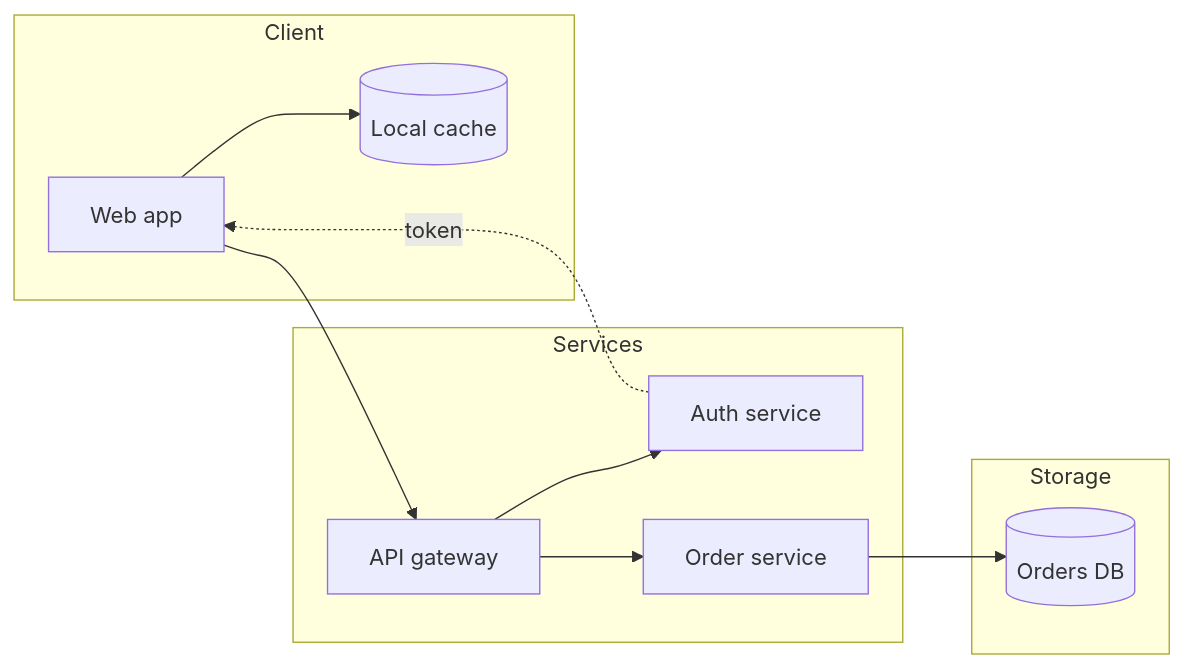
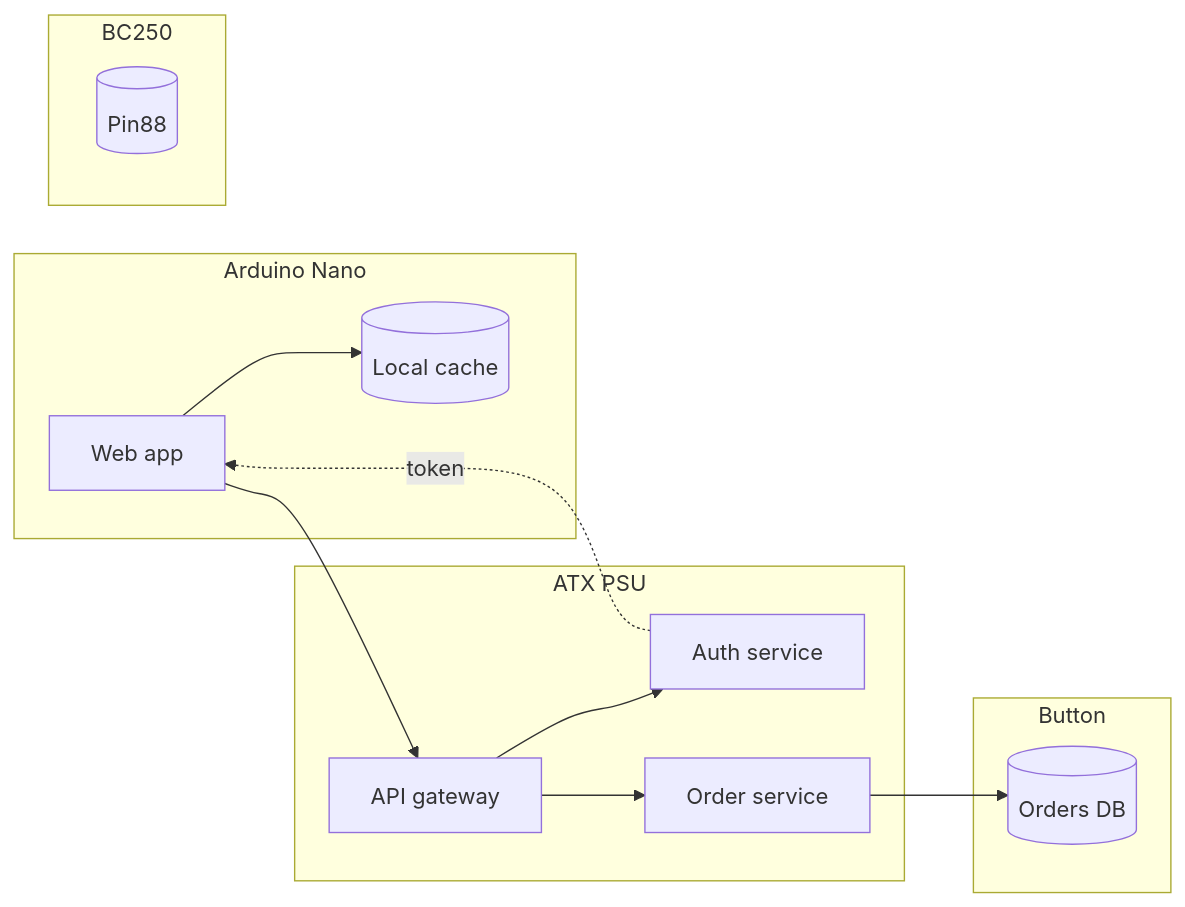
Before and after one commit to coolsolgit/BC250-ATX-PSU-Control: the second of 2 diagrams in README.md, drawn with Mermaid.

````diff
--- a/README.md
+++ b/README.md
@@ -55,21 +55,24 @@
 ```mermaid
 flowchart LR
-  subgraph Client
+  subgraph Arduino Nano
     UI[Web app]
     Cache[(Local cache)]
   end
-  subgraph Services
+  subgraph ATX PSU
     API[API gateway]
     Auth[Auth service]
     Orders[Order service]
   end
-  subgraph Storage
+  subgraph Button
     DB[(Orders DB)]
+  end
+  subgraph BC250
+    TPMS[(Pin88)]
   end
   UI --> API
   UI --> Cache
   API --> Auth
   API --> Orders
   Orders --> DB
   Auth -. token .-> UI
 ```
````
